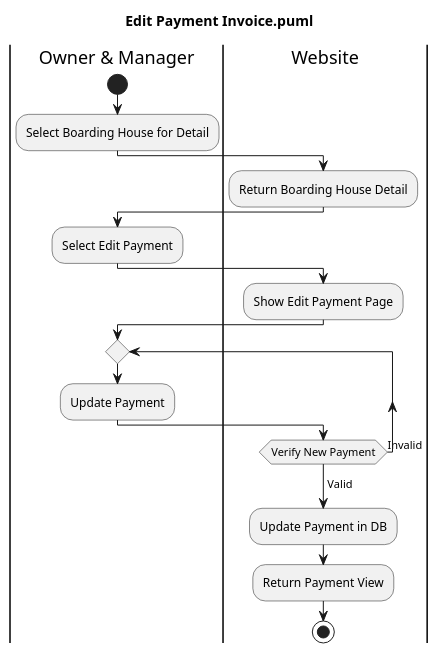
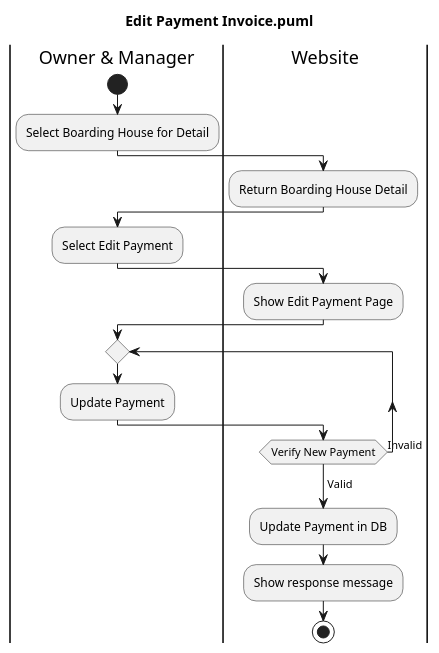
The diagram in Design/BHFMS_ACTIVITY/Owner Manager/Payment/Edit Payment Invoice.puml (AntWort21/BHFMS), drawn with PlantUML before and after one commit. The commit also changed 39 other files, not shown here.

```diff
--- a/Design/BHFMS_ACTIVITY/Owner Manager/Payment/Edit Payment Invoice.puml
+++ b/Design/BHFMS_ACTIVITY/Owner Manager/Payment/Edit Payment Invoice.puml
@@ -1,21 +1,22 @@
 @startuml
 title Edit Payment Invoice.puml
 |Owner & Manager|
 start
 :Select Boarding House for Detail;
 |Website|
 :Return Boarding House Detail;
 |Owner & Manager|
 :Select Edit Payment;
 |Website|
 :Show Edit Payment Page;
 |Owner & Manager|
 repeat
 :Update Payment;
 |Website|
 repeat while (Verify New Payment) is (Invalid)
         ->Valid;
     :Update Payment in DB;
-    :Return Payment View;
+:Show response message;
 stop
+
 @enduml
```
